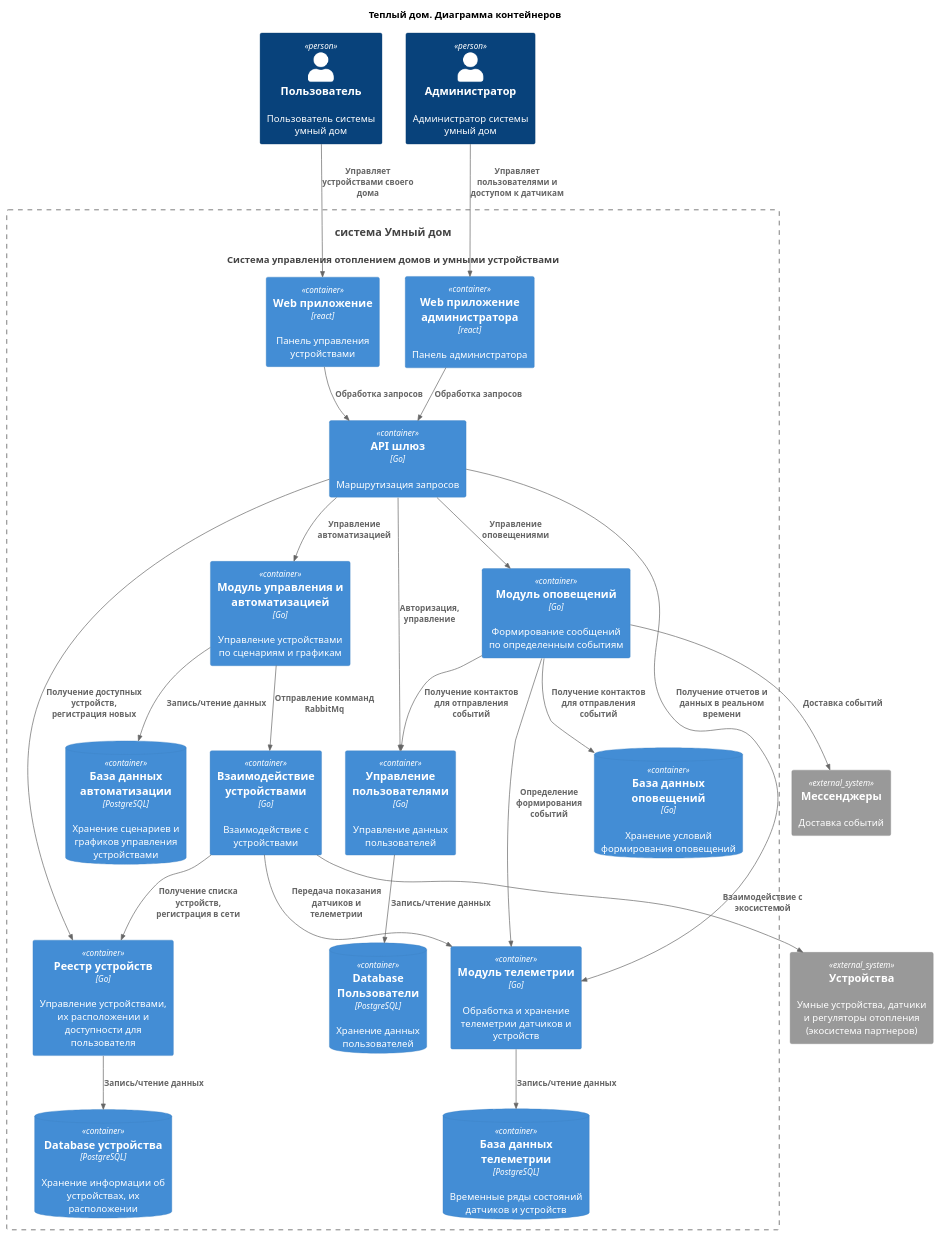
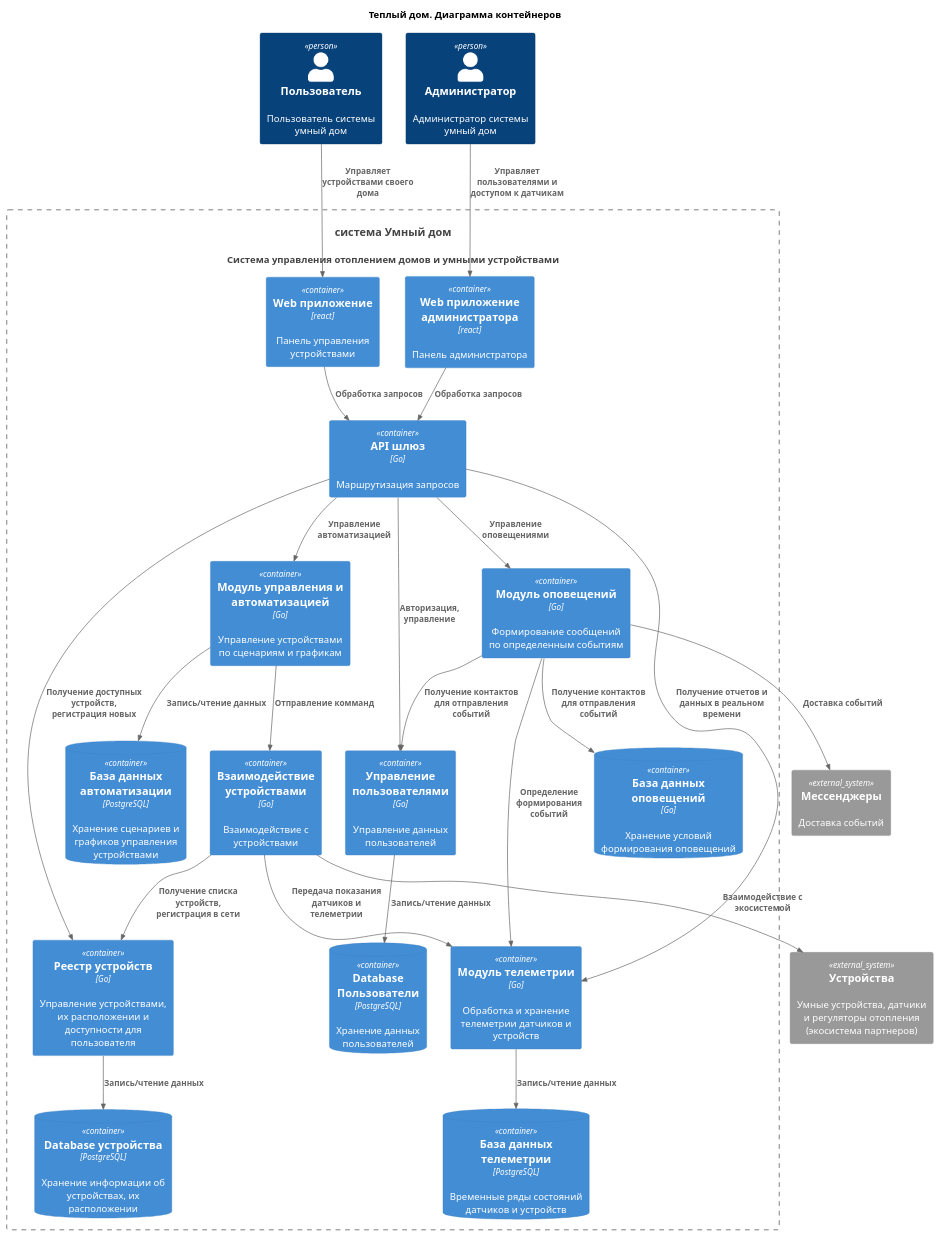
Before and after one commit to binaril/architecture-warmhouse: the diagram in diagrams/C4.Containers.puml, drawn with PlantUML. The commit also changed 4 other files, not shown here.

```diff
--- a/diagrams/C4.Containers.puml
+++ b/diagrams/C4.Containers.puml
@@ -1,54 +1,54 @@
 @startuml
 title Теплый дом. Диаграмма контейнеров
 
 top to bottom direction
 
 !includeurl https://raw.githubusercontent.com/RicardoNiepel/C4-PlantUML/master/C4_Component.puml
 
 Person(user, "Пользователь", "Пользователь системы умный дом")
 Person(admin, "Администратор", "Администратор системы умный дом")
 System(SmartHouse, "система Умный дом", "Система управления отоплением домов и умными устройствами")
 
 Container_Boundary(SmartHouse, "FitLife System") {
   Container(WebApp, "Web приложение", "react", "Панель управления устройствами")
   Container(WebAppAdmin, "Web приложение администратора", "react", "Панель администратора")
   Container(GateWay, "API шлюз", "Go", "Маршрутизация запросов")
   Container(UserAccess, "Управление пользователями", "Go", "Управление данных пользователей")
   ContainerDb(UserAccessDb, "Database Пользователи", "PostgreSQL", "Хранение данных пользователей")
   Container(DeviceRepository, "Реестр устройств", "Go", "Управление устройствами, их расположении и доступности для пользователя")
   ContainerDb(DeviceRepositoryDb, "Database устройства", "PostgreSQL", "Хранение информации об устройствах, их расположении")
   Container(Automatic, "Модуль управления и автоматизацией", "Go", "Управление устройствами по сценариям и графикам")
   ContainerDb(AutomaticDb, "База данных автоматизации", "PostgreSQL", "Хранение сценариев и графиков управления устройствами")
   Container(Notification, "Модуль оповещений", "Go", "Формирование сообщений по определенным событиям")
   ContainerDb(NotificationDb, "База данных оповещений", "Go", "Хранение условий формирования оповещений")
   Container(Telemetry, "Модуль телеметрии", "Go", "Обработка и хранение телеметрии датчиков и устройств")
   ContainerDb(TelemetryDatabase, "База данных телеметрии", "PostgreSQL", "Временные ряды состояний датчиков и устройств")
   Container(DeviceControl, "Взаимодействие устройствами", "Go", "Взаимодействие с устройствами")    
 }
 
 System_Ext(SmartDevice, "Устройства", "Умные устройства, датчики и регуляторы отопления (экосистема партнеров)")
 System_Ext(Messengers, "Мессенджеры", "Доставка событий")
 
 Rel(user, WebApp, "Управляет устройствами своего дома")
 Rel(admin, WebAppAdmin,"Управляет пользователями и доступом к датчикам")
 Rel(WebApp, GateWay, "Обработка запросов")
 Rel(WebAppAdmin, GateWay, "Обработка запросов")
 Rel(GateWay, UserAccess, "Авторизация, управление")
 Rel(GateWay, Telemetry, "Получение отчетов и данных в реальном времени")
 Rel(GateWay, Automatic, "Управление автоматизацией")
 Rel(GateWay, Notification, "Управление оповещениями")
 Rel(GateWay, DeviceRepository, "Получение доступных устройств, регистрация новых")
 Rel(UserAccess, UserAccessDb, "Запись/чтение данных")
 Rel(Telemetry,TelemetryDatabase,"Запись/чтение данных")
 Rel(Automatic, AutomaticDb, "Запись/чтение данных")
-Rel(Automatic, DeviceControl, "Отправление комманд RabbitMq")
+Rel(Automatic, DeviceControl, "Отправление комманд")
 Rel(Notification, Telemetry, "Определение формирования событий")
 Rel(Notification, Messengers, "Доставка событий")
 Rel(Notification, UserAccess, "Получение контактов для отправления событий")
 Rel(Notification, NotificationDb, "Получение контактов для отправления событий")
 Rel(DeviceControl, DeviceRepository, "Получение списка устройств, регистрация в сети")
 Rel(DeviceControl, Telemetry, "Передача показания датчиков и телеметрии")
 Rel(DeviceControl,SmartDevice,"Взаимодействие с экосистемой")
 Rel(DeviceRepository, DeviceRepositoryDb, "Запись/чтение данных")
 
 @enduml
```
